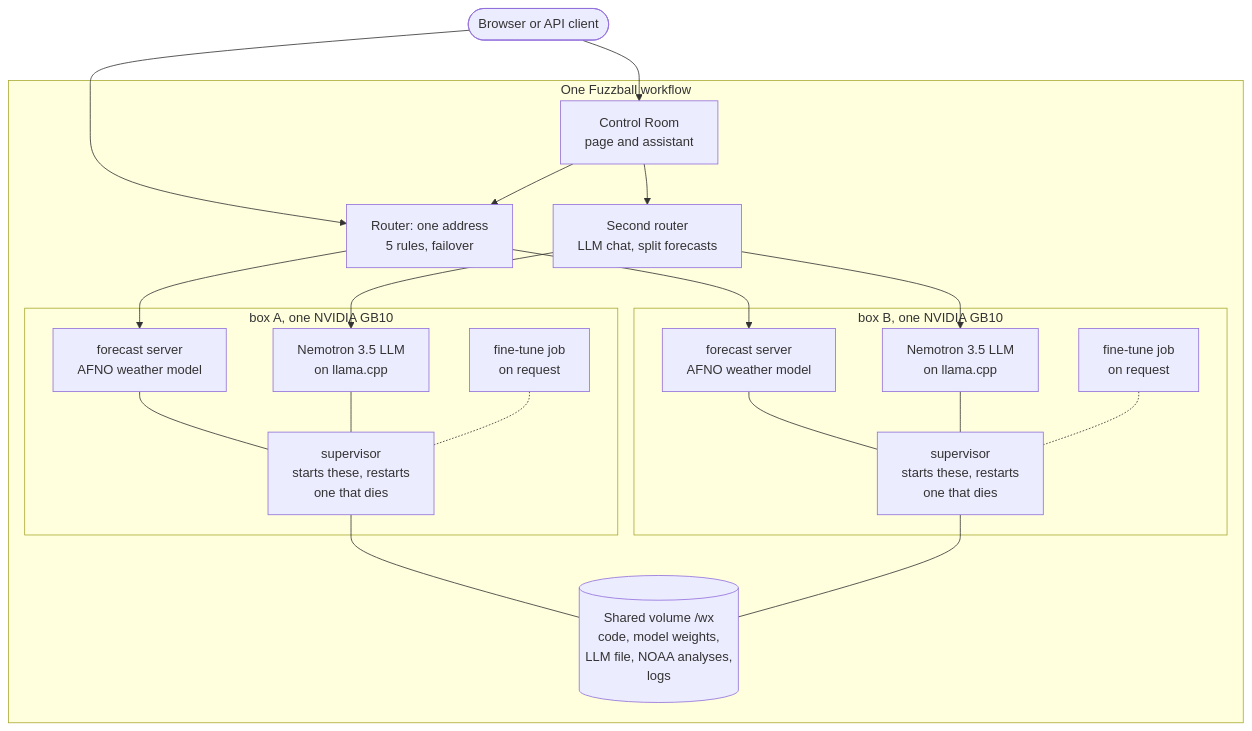
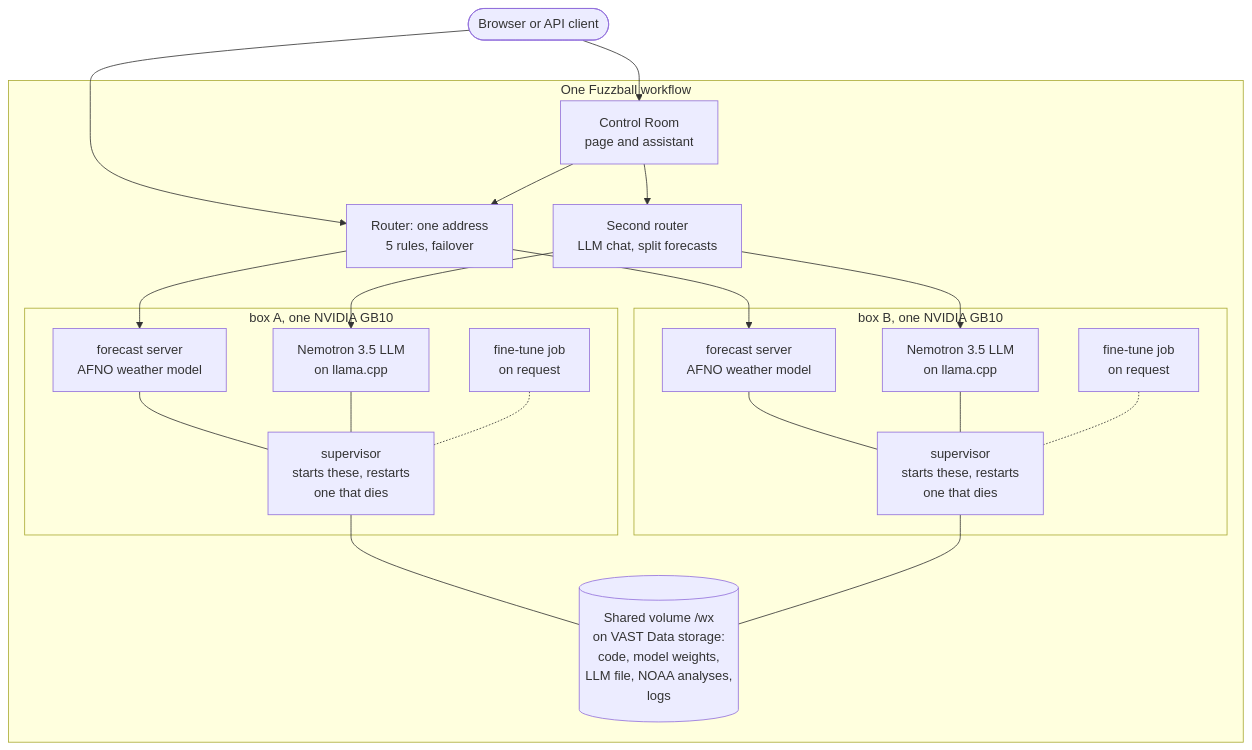
Before and after one commit to 7-c0ke/wxrouter: the diagram in README.md, drawn with Mermaid. The commit also changed other lines of this file and 3 other files, not shown here.

First line of the commit message:
README and docs: the shared volume is on the event's VAST Data storage

````diff
--- a/README.md
+++ b/README.md
@@ -94,38 +94,38 @@
 ```mermaid
 flowchart TB
     U(["Browser or API client"])
     subgraph WF["One Fuzzball workflow"]
         UI["Control Room<br/>page and assistant"]
         R1["Router: one address<br/>5 rules, failover"]
         R2["Second router<br/>LLM chat, split forecasts"]
         subgraph BOXA["box A, one NVIDIA GB10"]
             FCA["forecast server<br/>AFNO weather model"]
             LLMA["Nemotron 3.5 LLM<br/>on llama.cpp"]
             JOBA["fine-tune job<br/>on request"]
             SUPA["supervisor<br/>starts these, restarts<br/>one that dies"]
         end
         subgraph BOXB["box B, one NVIDIA GB10"]
             FCB["forecast server<br/>AFNO weather model"]
             LLMB["Nemotron 3.5 LLM<br/>on llama.cpp"]
             JOBB["fine-tune job<br/>on request"]
             SUPB["supervisor<br/>starts these, restarts<br/>one that dies"]
         end
-        VOL[("Shared volume /wx<br/>code, model weights,<br/>LLM file, NOAA analyses,<br/>logs")]
+        VOL[("Shared volume /wx<br/>on VAST Data storage:<br/>code, model weights,<br/>LLM file, NOAA analyses,<br/>logs")]
     end
     U --> UI
     U --> R1
     UI --> R1
     UI --> R2
     R1 --> FCA
     R1 --> FCB
     R2 --> LLMA
     R2 --> LLMB
     FCA --- SUPA
     LLMA --- SUPA
     JOBA -.- SUPA
     FCB --- SUPB
     LLMB --- SUPB
     JOBB -.- SUPB
     SUPA --- VOL
     SUPB --- VOL
 ```
````
